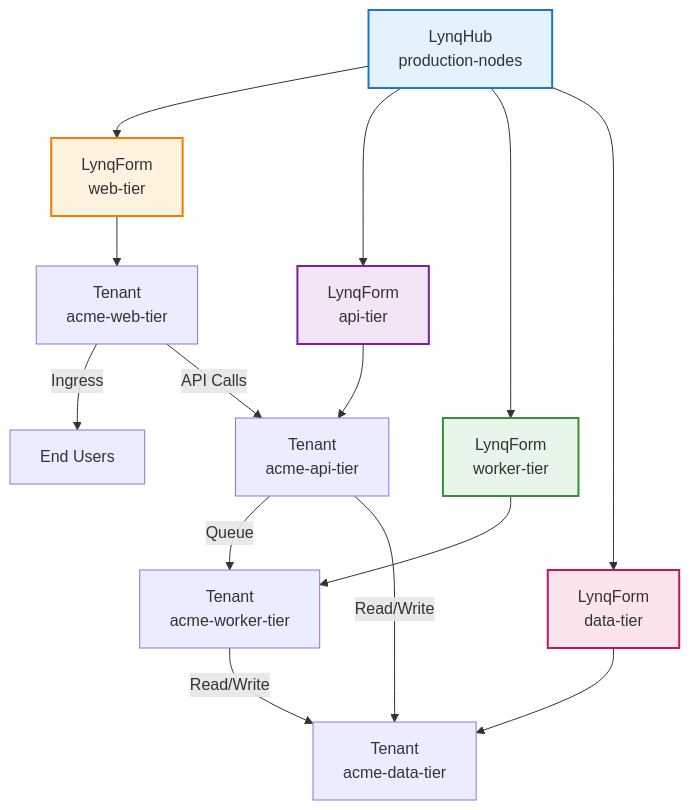
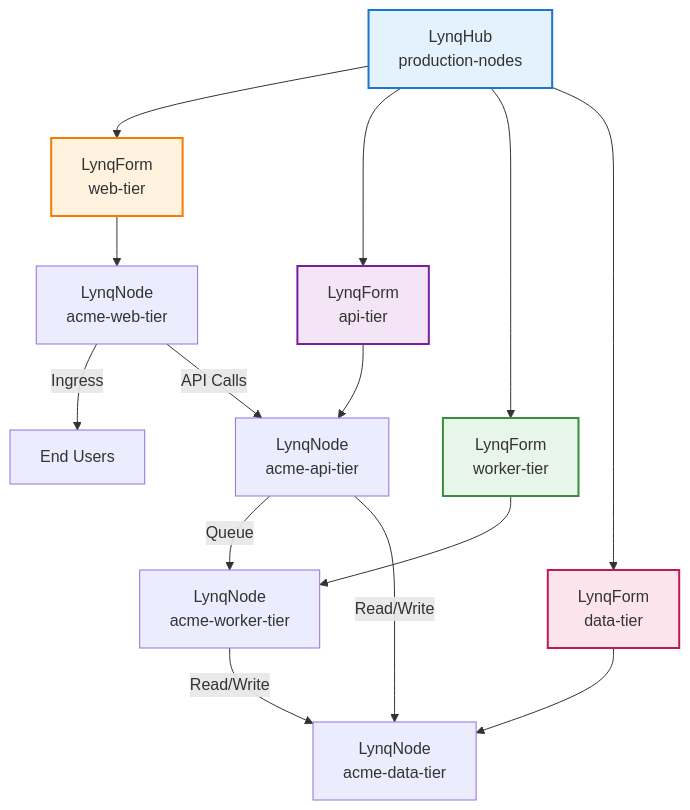
The diagram in docs/use-case-multi-tier.md (kubernetes-tenants/tenant-operator), drawn with Mermaid before and after one commit. The commit also changed 20 other files, not shown here.

Commit message:
Update documentation to use LynqNode instead of Tenant

````diff
--- a/docs/use-case-multi-tier.md
+++ b/docs/use-case-multi-tier.md
@@ -9,36 +9,36 @@
 ```mermaid
 graph TB
     Registry["LynqHub<br/>production-nodes"]
 
     WebTemplate["LynqForm<br/>web-tier"]
     ApiTemplate["LynqForm<br/>api-tier"]
     WorkerTemplate["LynqForm<br/>worker-tier"]
     DataTemplate["LynqForm<br/>data-tier"]
 
-    WebTenant["Tenant<br/>acme-web-tier"]
-    ApiTenant["Tenant<br/>acme-api-tier"]
-    WorkerTenant["Tenant<br/>acme-worker-tier"]
-    DataTenant["Tenant<br/>acme-data-tier"]
+    WebTenant["LynqNode<br/>acme-web-tier"]
+    ApiTenant["LynqNode<br/>acme-api-tier"]
+    WorkerTenant["LynqNode<br/>acme-worker-tier"]
+    DataTenant["LynqNode<br/>acme-data-tier"]
 
     Registry --> WebTemplate
     Registry --> ApiTemplate
     Registry --> WorkerTemplate
     Registry --> DataTemplate
 
     WebTemplate --> WebTenant
     ApiTemplate --> ApiTenant
     WorkerTemplate --> WorkerTenant
     DataTemplate --> DataTenant
 
     WebTenant -->|Ingress| Users[End Users]
     WebTenant -->|API Calls| ApiTenant
     ApiTenant -->|Queue| WorkerTenant
     ApiTenant -->|Read/Write| DataTenant
     WorkerTenant -->|Read/Write| DataTenant
 
     style Registry fill:#e3f2fd,stroke:#1976d2,stroke-width:2px
     style WebTemplate fill:#fff3e0,stroke:#f57c00,stroke-width:2px
     style ApiTemplate fill:#f3e5f5,stroke:#7b1fa2,stroke-width:2px
     style WorkerTemplate fill:#e8f5e9,stroke:#388e3c,stroke-width:2px
     style DataTemplate fill:#fce4ec,stroke:#c2185b,stroke-width:2px
 ```
````
